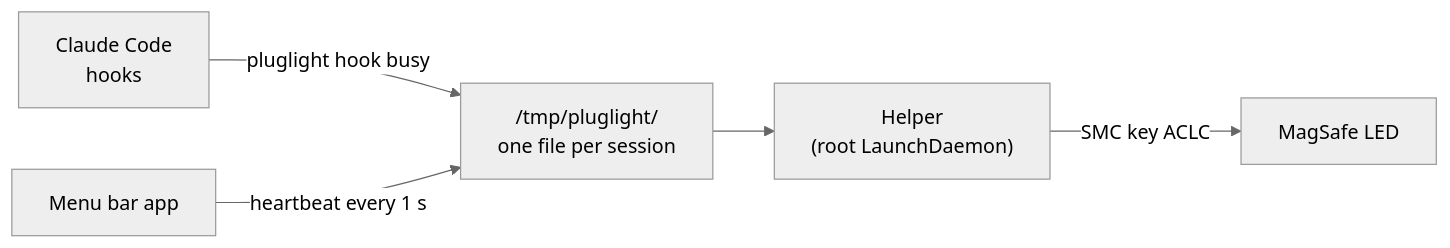
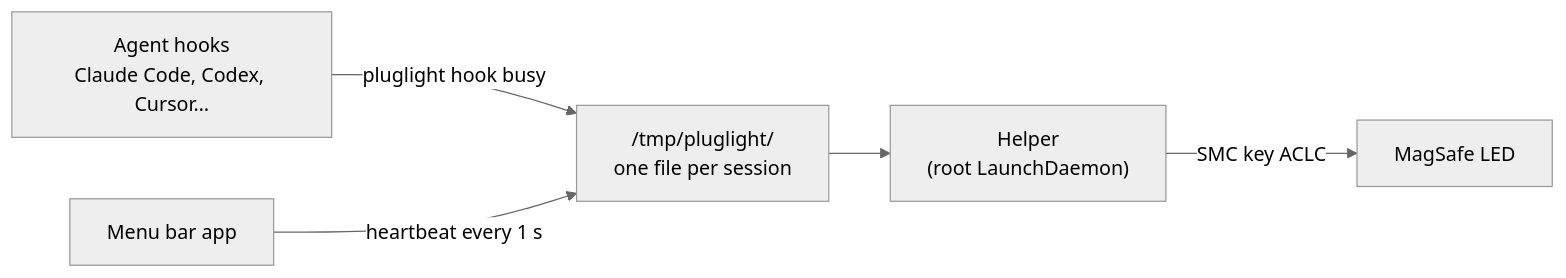
The diagram in README.md (onelenyk/pluglight), drawn with Mermaid (neutral theme) before and after one commit. The commit also changed other lines of this file and 4 other files, not shown here.

````diff
--- a/README.md
+++ b/README.md
@@ -102,7 +102,7 @@
 ```mermaid
 flowchart LR
-    A["Claude Code<br/>hooks"] -->|"pluglight hook busy"| B["/tmp/pluglight/<br/>one file per session"]
+    A["Agent hooks<br/>Claude Code, Codex, Cursor…"] -->|"pluglight hook busy"| B["/tmp/pluglight/<br/>one file per session"]
     C["Menu bar app"] -->|"heartbeat every 1 s"| B
     B --> D["Helper<br/>(root LaunchDaemon)"]
     D -->|"SMC key ACLC"| E["MagSafe LED"]
 ```
````
